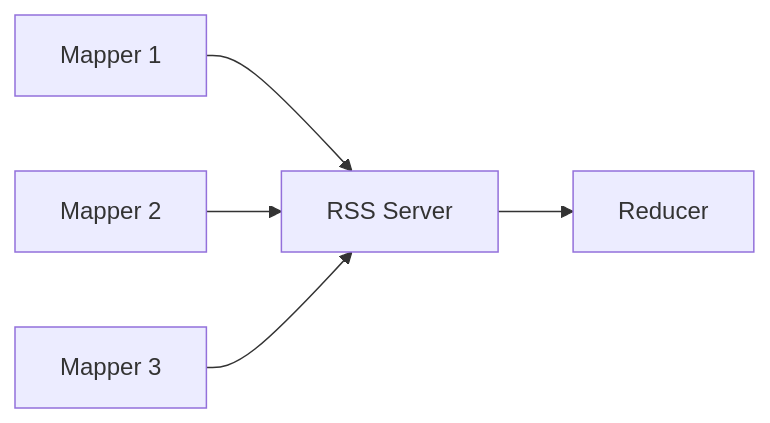
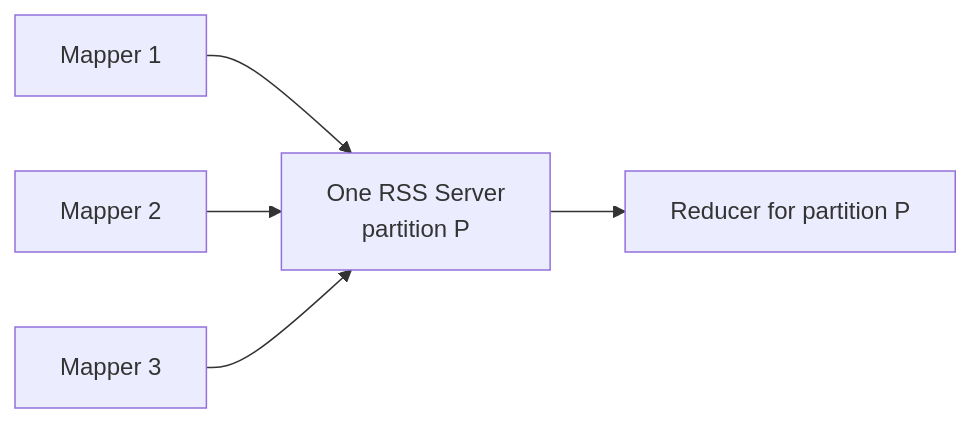
One commit to syedamber91/learning-data-engineering-concepts changed the diagram in wiki/personas/alex/spark/concepts/remote-shuffle-service.md. Above: the diagram before and after it, drawn with Mermaid. The commit also changed other lines of this file and 35 other files, not shown here.

````diff
--- a/wiki/personas/alex/spark/concepts/remote-shuffle-service.md
+++ b/wiki/personas/alex/spark/concepts/remote-shuffle-service.md
@@ -18,7 +18,7 @@
 ```mermaid
 graph LR
-  M1[Mapper 1] --> RSS[RSS Server]
+  M1[Mapper 1] --> RSS[One RSS Server<br/>partition P]
   M2[Mapper 2] --> RSS
   M3[Mapper 3] --> RSS
-  RSS --> R[Reducer]
+  RSS --> R[Reducer for partition P]
 ```
````
